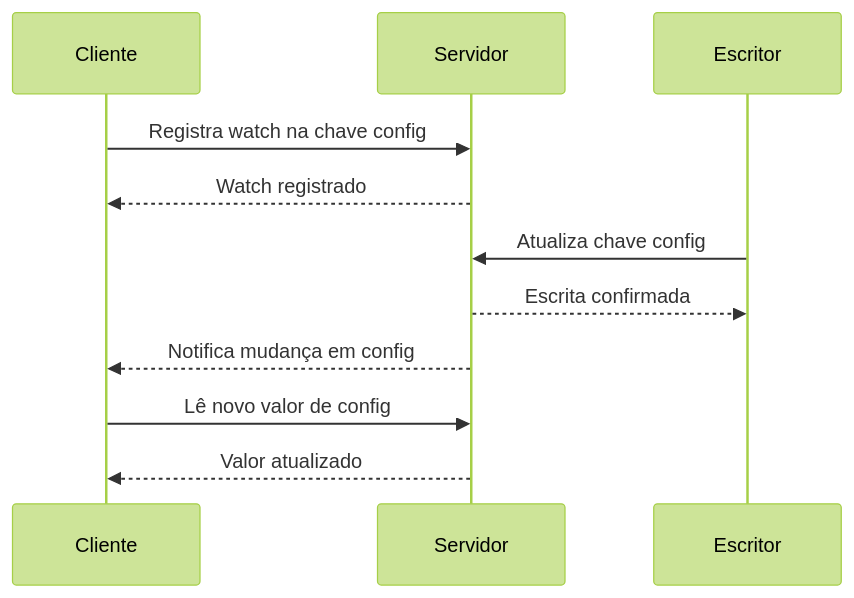
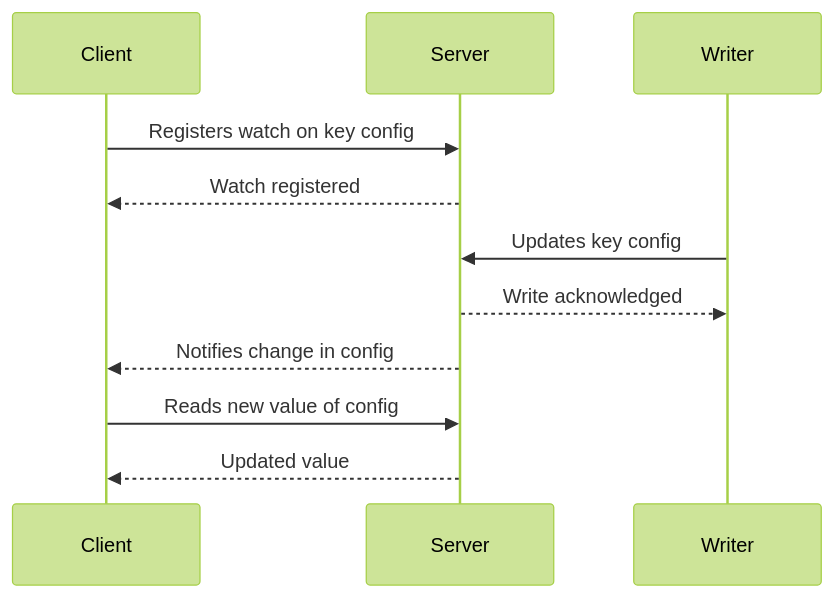
Before and after one commit to alancesar/design-patterns: the diagram in docs/architecture/distributed-systems/cluster-management/state-watch.md, drawn with Mermaid (forest theme). The commit also changed 258 other files, not shown here.

First line of the commit message:
Translate Mermaid diagrams to English

````diff
--- a/docs/architecture/distributed-systems/cluster-management/state-watch.md
+++ b/docs/architecture/distributed-systems/cluster-management/state-watch.md
@@ -56,13 +56,13 @@
 ```mermaid
 sequenceDiagram
-    participant C as Cliente
-    participant S as Servidor
-    participant W as Escritor
-    C->>S: Registra watch na chave config
-    S-->>C: Watch registrado
-    W->>S: Atualiza chave config
-    S-->>W: Escrita confirmada
-    S-->>C: Notifica mudança em config
-    C->>S: Lê novo valor de config
-    S-->>C: Valor atualizado
+    participant C as Client
+    participant S as Server
+    participant W as Writer
+    C->>S: Registers watch on key config
+    S-->>C: Watch registered
+    W->>S: Updates key config
+    S-->>W: Write acknowledged
+    S-->>C: Notifies change in config
+    C->>S: Reads new value of config
+    S-->>C: Updated value
 ```
````
